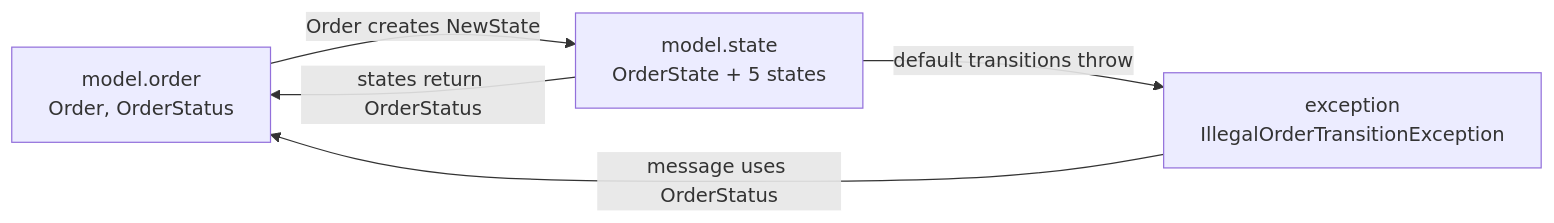
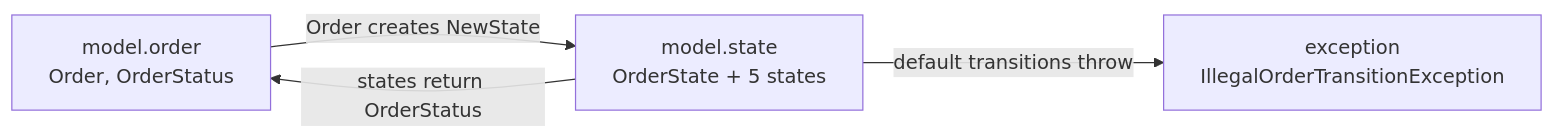
One commit to Born2Flex/OOD-Practice changed the diagram in notes/week-01.md. Above: the diagram before and after it, drawn with Mermaid. The commit also changed other lines of this file and 3 other files, not shown here.

First line of the commit message:
Break exception-to-model package cycle

````diff
--- a/notes/week-01.md
+++ b/notes/week-01.md
@@ -23,11 +23,10 @@
 ```mermaid
 graph LR
     model["model.order<br/>Order, OrderStatus"]
     state["model.state<br/>OrderState + 5 states"]
     exception["exception<br/>IllegalOrderTransitionException"]
 
     model -->|"Order creates NewState"| state
     state -->|"states return OrderStatus"| model
     state -->|"default transitions throw"| exception
-    exception -->|"message uses OrderStatus"| model
 ```
````
